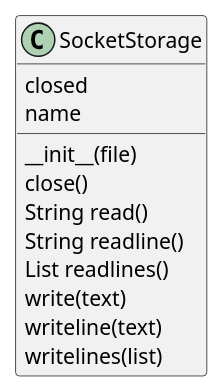
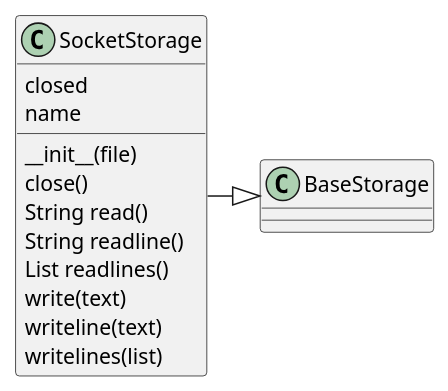
One commit to russell-n/theape changed the diagram in ape/parts/storage/socketstorage.rst. Above: the diagram before and after it, drawn with PlantUML. The commit also changed other lines of this file and 42 other files, not shown here.

```diff
--- a/ape/parts/storage/socketstorage.rst
+++ b/ape/parts/storage/socketstorage.rst
@@ -21,12 +21,13 @@
 .. uml::
 
+   SocketStorage -|> BaseStorage
    SocketStorage :  __init__(file)
    SocketStorage : close()
    SocketStorage : String read()
    SocketStorage : String readline()
    SocketStorage : List readlines()
    SocketStorage : write(text)
    SocketStorage : writeline(text)
    SocketStorage : writelines(list)
    SocketStorage : closed
    SocketStorage : name
```
